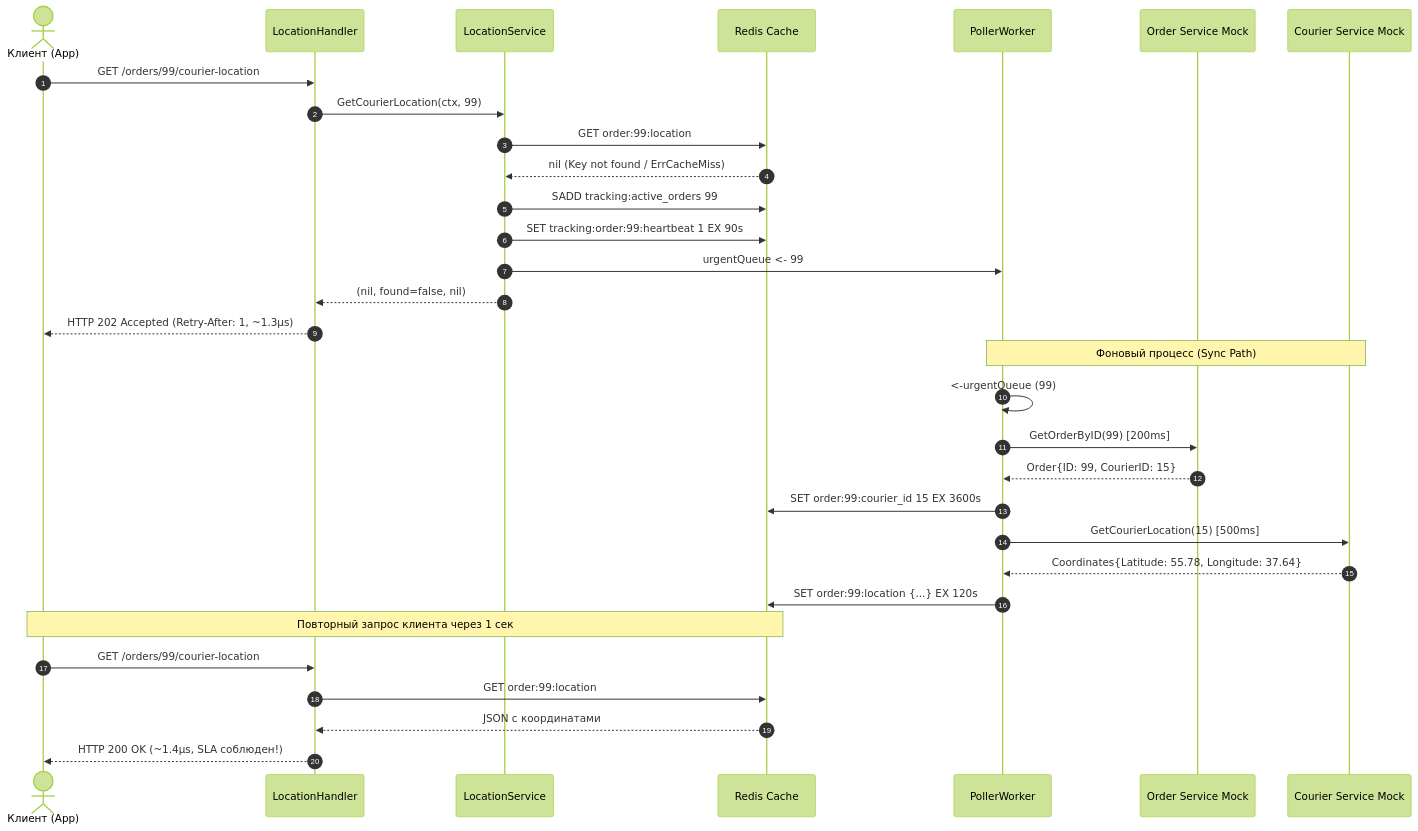
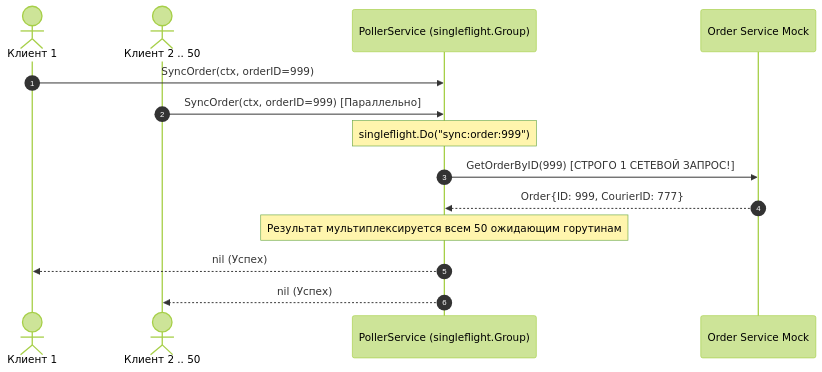
One commit to mioxin/redis_agy changed the fourth of 4 diagrams in docs/SYSTEM_DESIGN.md. Above: the diagram before and after it, drawn with Mermaid (forest theme). The commit also changed other lines of this file and 33 other files, not shown here.

````diff
--- a/docs/SYSTEM_DESIGN.md
+++ b/docs/SYSTEM_DESIGN.md
@@ -236,37 +195,19 @@
 ```mermaid
 sequenceDiagram
     autonumber
-    actor Client as Клиент (App)
-    participant Handler as LocationHandler
-    participant Service as LocationService
-    participant Redis as Redis Cache
-    participant Worker as PollerWorker
+    actor ClientA as Клиент 1
+    actor ClientB as Клиент 2 .. 50
+    participant Svc as PollerService (singleflight.Group)
     participant OS as Order Service Mock
-    participant CS as Courier Service Mock
 
-    Client->>Handler: GET /orders/99/courier-location
-    Handler->>Service: GetCourierLocation(ctx, 99)
-    Service->>Redis: GET order:99:location
-    Redis-->>Service: nil (Key not found / ErrCacheMiss)
+    ClientA->>Svc: SyncOrder(ctx, orderID=999)
+    ClientB->>Svc: SyncOrder(ctx, orderID=999) [Параллельно]
     
-    Service->>Redis: SADD tracking:active_orders 99
-    Service->>Redis: SET tracking:order:99:heartbeat 1 EX 90s
-    Service->>Worker: urgentQueue <- 99
-    Service-->>Handler: (nil, found=false, nil)
-    Handler-->>Client: HTTP 202 Accepted (Retry-After: 1, ~1.3µs)
-
-    Note over Worker, CS: Фоновый процесс (Sync Path)
-    Worker->>Worker: <-urgentQueue (99)
-    Worker->>OS: GetOrderByID(99) [200ms]
-    OS-->>Worker: Order{ID: 99, CourierID: 15}
-    Worker->>Redis: SET order:99:courier_id 15 EX 3600s
-    Worker->>CS: GetCourierLocation(15) [500ms]
-    CS-->>Worker: Coordinates{Latitude: 55.78, Longitude: 37.64}
-    Worker->>Redis: SET order:99:location {...} EX 120s
-
-    Note over Client, Redis: Повторный запрос клиента через 1 сек
-    Client->>Handler: GET /orders/99/courier-location
-    Handler->>Redis: GET order:99:location
-    Redis-->>Handler: JSON с координатами
-    Handler-->>Client: HTTP 200 OK (~1.4µs, SLA соблюден!)
+    Note over Svc: singleflight.Do("sync:order:999")
+    Svc->>OS: GetOrderByID(999) [СТРОГО 1 СЕТЕВОЙ ЗАПРОС!]
+    OS-->>Svc: Order{ID: 999, CourierID: 777}
+    
+    Note over Svc: Результат мультиплексируется всем 50 ожидающим горутинам
+    Svc-->>ClientA: nil (Успех)
+    Svc-->>ClientB: nil (Успех)
 ```
````
